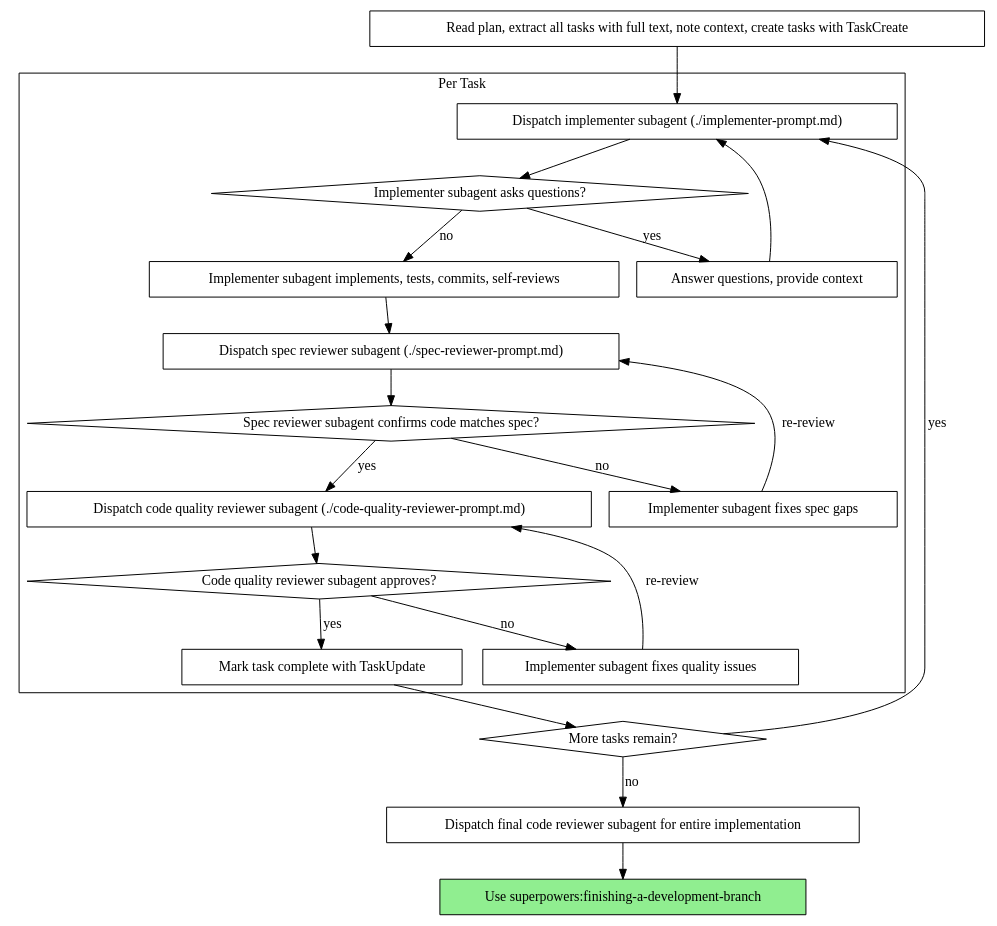
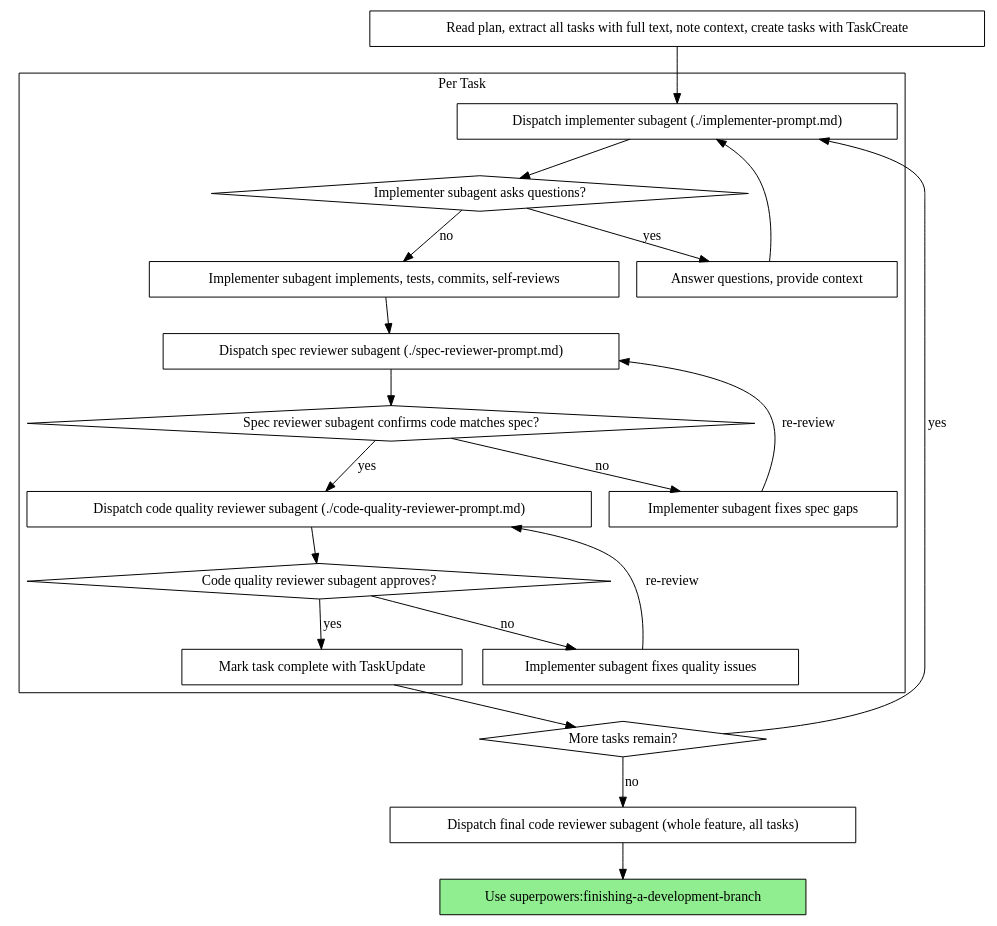
One commit to rahulsc/superpowers changed the second of 2 diagrams in skills/subagent-driven-development/SKILL.md. Above: the diagram before and after it, drawn with Graphviz. The commit also changed other lines of this file, not shown here.

First line of the commit message:
feat(subagent-driven-development): add evidence gates and progress persistence

````diff
--- a/skills/subagent-driven-development/SKILL.md
+++ b/skills/subagent-driven-development/SKILL.md
@@ -42,44 +42,44 @@
 ```dot
 digraph process {
     rankdir=TB;
 
     subgraph cluster_per_task {
         label="Per Task";
         "Dispatch implementer subagent (./implementer-prompt.md)" [shape=box];
         "Implementer subagent asks questions?" [shape=diamond];
         "Answer questions, provide context" [shape=box];
         "Implementer subagent implements, tests, commits, self-reviews" [shape=box];
         "Dispatch spec reviewer subagent (./spec-reviewer-prompt.md)" [shape=box];
         "Spec reviewer subagent confirms code matches spec?" [shape=diamond];
         "Implementer subagent fixes spec gaps" [shape=box];
         "Dispatch code quality reviewer subagent (./code-quality-reviewer-prompt.md)" [shape=box];
         "Code quality reviewer subagent approves?" [shape=diamond];
         "Implementer subagent fixes quality issues" [shape=box];
         "Mark task complete with TaskUpdate" [shape=box];
     }
 
     "Read plan, extract all tasks with full text, note context, create tasks with TaskCreate" [shape=box];
     "More tasks remain?" [shape=diamond];
-    "Dispatch final code reviewer subagent for entire implementation" [shape=box];
+    "Dispatch final code reviewer subagent (whole feature, all tasks)" [shape=box];
     "Use superpowers:finishing-a-development-branch" [shape=box style=filled fillcolor=lightgreen];
 
     "Read plan, extract all tasks with full text, note context, create tasks with TaskCreate" -> "Dispatch implementer subagent (./implementer-prompt.md)";
     "Dispatch implementer subagent (./implementer-prompt.md)" -> "Implementer subagent asks questions?";
     "Implementer subagent asks questions?" -> "Answer questions, provide context" [label="yes"];
     "Answer questions, provide context" -> "Dispatch implementer subagent (./implementer-prompt.md)";
     "Implementer subagent asks questions?" -> "Implementer subagent implements, tests, commits, self-reviews" [label="no"];
     "Implementer subagent implements, tests, commits, self-reviews" -> "Dispatch spec reviewer subagent (./spec-reviewer-prompt.md)";
     "Dispatch spec reviewer subagent (./spec-reviewer-prompt.md)" -> "Spec reviewer subagent confirms code matches spec?";
     "Spec reviewer subagent confirms code matches spec?" -> "Implementer subagent fixes spec gaps" [label="no"];
     "Implementer subagent fixes spec gaps" -> "Dispatch spec reviewer subagent (./spec-reviewer-prompt.md)" [label="re-review"];
     "Spec reviewer subagent confirms code matches spec?" -> "Dispatch code quality reviewer subagent (./code-quality-reviewer-prompt.md)" [label="yes"];
     "Dispatch code quality reviewer subagent (./code-quality-reviewer-prompt.md)" -> "Code quality reviewer subagent approves?";
     "Code quality reviewer subagent approves?" -> "Implementer subagent fixes quality issues" [label="no"];
     "Implementer subagent fixes quality issues" -> "Dispatch code quality reviewer subagent (./code-quality-reviewer-prompt.md)" [label="re-review"];
     "Code quality reviewer subagent approves?" -> "Mark task complete with TaskUpdate" [label="yes"];
     "Mark task complete with TaskUpdate" -> "More tasks remain?";
     "More tasks remain?" -> "Dispatch implementer subagent (./implementer-prompt.md)" [label="yes"];
-    "More tasks remain?" -> "Dispatch final code reviewer subagent for entire implementation" [label="no"];
-    "Dispatch final code reviewer subagent for entire implementation" -> "Use superpowers:finishing-a-development-branch";
+    "More tasks remain?" -> "Dispatch final code reviewer subagent (whole feature, all tasks)" [label="no"];
+    "Dispatch final code reviewer subagent (whole feature, all tasks)" -> "Use superpowers:finishing-a-development-branch";
 }
 ```
````
